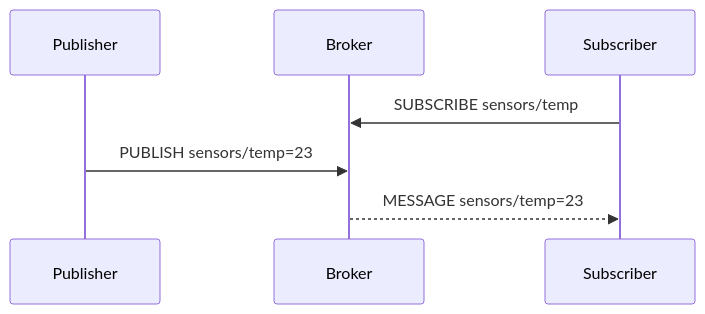
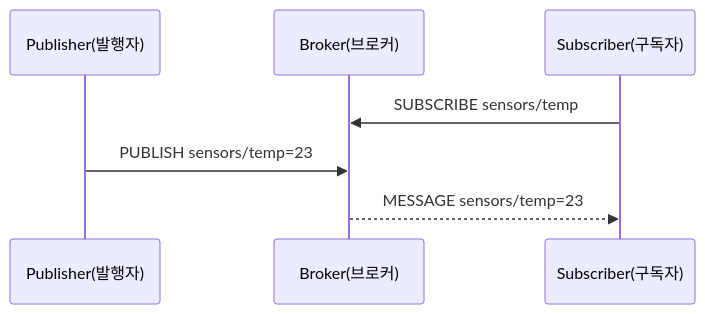
Before and after one commit to mandoobox/mandoobox.github.io: diagram 23 of 39 in _posts/cs-note/2026-02-27-network.md, drawn with Mermaid. The commit also changed other lines of this file and 18 other files, not shown here.

````diff
--- a/_posts/cs-note/2026-02-27-network.md
+++ b/_posts/cs-note/2026-02-27-network.md
@@ -750,9 +750,9 @@
 ```mermaid
 sequenceDiagram
-  participant Pub as Publisher
-  participant Br as Broker
-  participant Sub as Subscriber
+  participant Pub as Publisher(발행자)
+  participant Br as Broker(브로커)
+  participant Sub as Subscriber(구독자)
   Sub->>Br: SUBSCRIBE sensors/temp
   Pub->>Br: PUBLISH sensors/temp=23
   Br-->>Sub: MESSAGE sensors/temp=23
 ```
````
